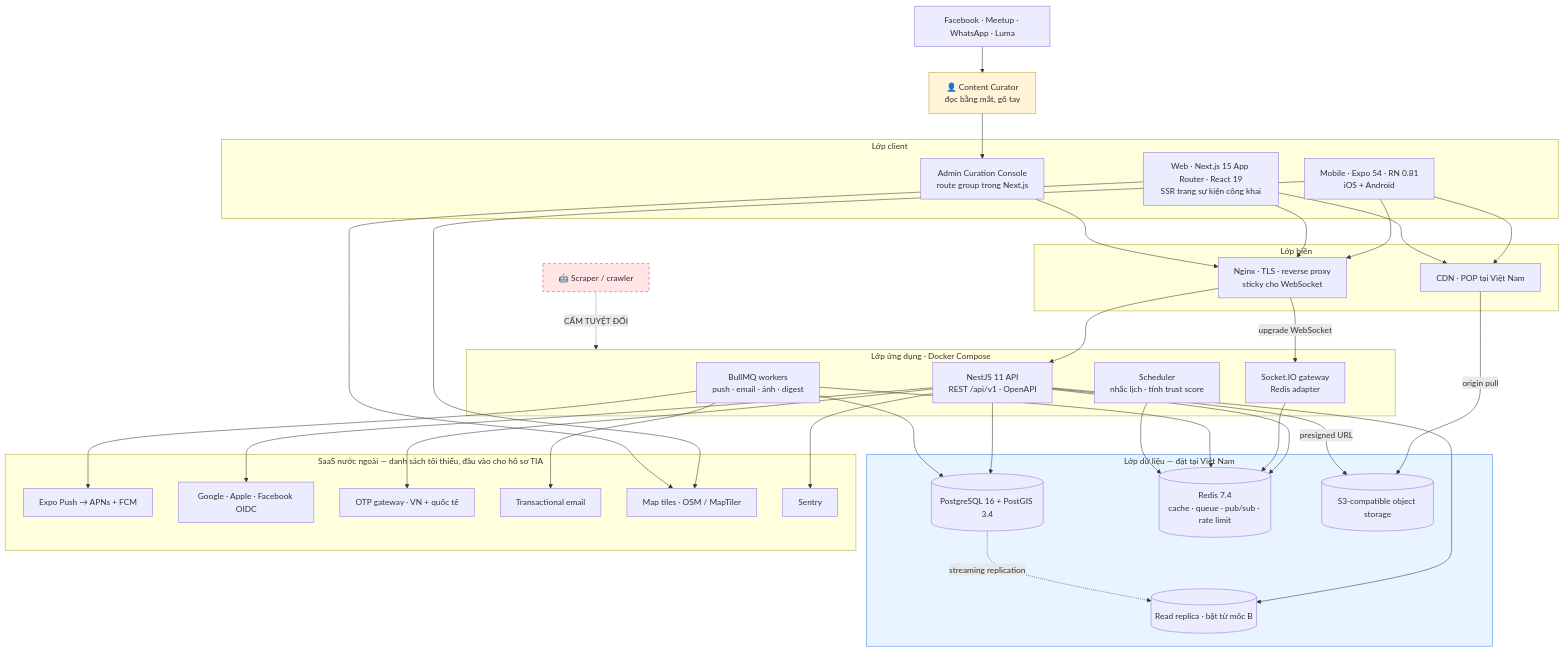
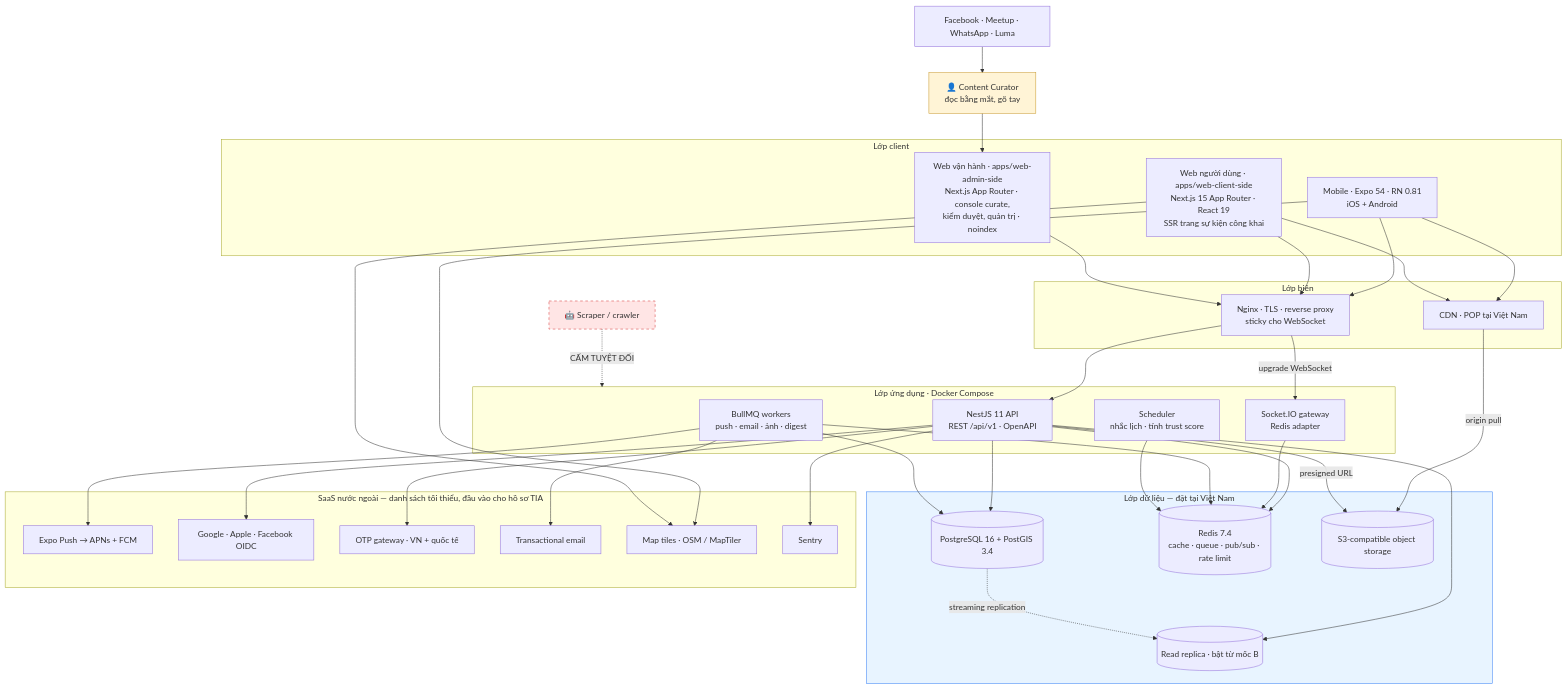
Before and after one commit to DangNH2512/vncare: the second of 2 diagrams in docs/analysis/00-TONG-HOP-DU-AN.md, drawn with Mermaid. The commit also changed other lines of this file and 106 other files, not shown here.

First line of the commit message:
feat(web-client): initialize web client-side application with Next.js 16 and Tailwind CSS

````diff
--- a/docs/analysis/00-TONG-HOP-DU-AN.md
+++ b/docs/analysis/00-TONG-HOP-DU-AN.md
@@ -286,71 +286,71 @@
 ```mermaid
 flowchart TB
     subgraph clients["Lớp client"]
         MOB["Mobile · Expo 54 · RN 0.81<br/>iOS + Android"]
-        WEB["Web · Next.js 15 App Router · React 19<br/>SSR trang sự kiện công khai"]
-        ADM["Admin Curation Console<br/>route group trong Next.js"]
+        WEB["Web người dùng · apps/web-client-side<br/>Next.js 15 App Router · React 19<br/>SSR trang sự kiện công khai"]
+        ADM["Web vận hành · apps/web-admin-side<br/>Next.js App Router · console curate,<br/>kiểm duyệt, quản trị · noindex"]
     end
 
     subgraph edge["Lớp biên"]
         CDN["CDN · POP tại Việt Nam"]
         LB["Nginx · TLS · reverse proxy<br/>sticky cho WebSocket"]
     end
 
     subgraph app["Lớp ứng dụng · Docker Compose"]
         API["NestJS 11 API<br/>REST /api/v1 · OpenAPI"]
         WS["Socket.IO gateway<br/>Redis adapter"]
         WRK["BullMQ workers<br/>push · email · ảnh · digest"]
         SCH["Scheduler<br/>nhắc lịch · tính trust score"]
     end
 
     subgraph data["Lớp dữ liệu — đặt tại Việt Nam"]
         PG[("PostgreSQL 16 + PostGIS 3.4")]
         PGR[("Read replica · bật từ mốc B")]
         RED[("Redis 7.4<br/>cache · queue · pub/sub · rate limit")]
         OBJ[("S3-compatible object storage")]
     end
 
     subgraph ext["SaaS nước ngoài — danh sách tối thiểu, đầu vào cho hồ sơ TIA"]
         PUSH["Expo Push → APNs + FCM"]
         OIDC["Google · Apple · Facebook OIDC"]
         OTP["OTP gateway · VN + quốc tế"]
         MAIL["Transactional email"]
         TILE["Map tiles · OSM / MapTiler"]
         SEN["Sentry"]
     end
 
     MOB --> LB
     WEB --> LB
     ADM --> LB
     MOB --> CDN
     WEB --> CDN
     MOB --> TILE
     WEB --> TILE
     CDN -->|"origin pull"| OBJ
 
     LB --> API
     LB -->|"upgrade WebSocket"| WS
 
     API --> PG
     API --> PGR
     API --> RED
     API -->|"presigned URL"| OBJ
     API --> OIDC
     API --> OTP
     WS --> RED
     WRK --> RED
     WRK --> PG
     WRK --> PUSH
     WRK --> MAIL
     SCH --> RED
     API --> SEN
     PG -.->|"streaming replication"| PGR
 
     HUMAN["👤 Content Curator<br/>đọc bằng mắt, gõ tay"] --> ADM
     SRC["Facebook · Meetup · WhatsApp · Luma"] --> HUMAN
     BOT["🤖 Scraper / crawler"] -.->|"CẤM TUYỆT ĐỐI"| app
 
     style BOT fill:#ffe5e5,stroke:#d63a3a,stroke-dasharray: 5 5
     style HUMAN fill:#fff4d6,stroke:#c99a2e
     style data fill:#e8f4ff,stroke:#3b82f6
 ```
````
